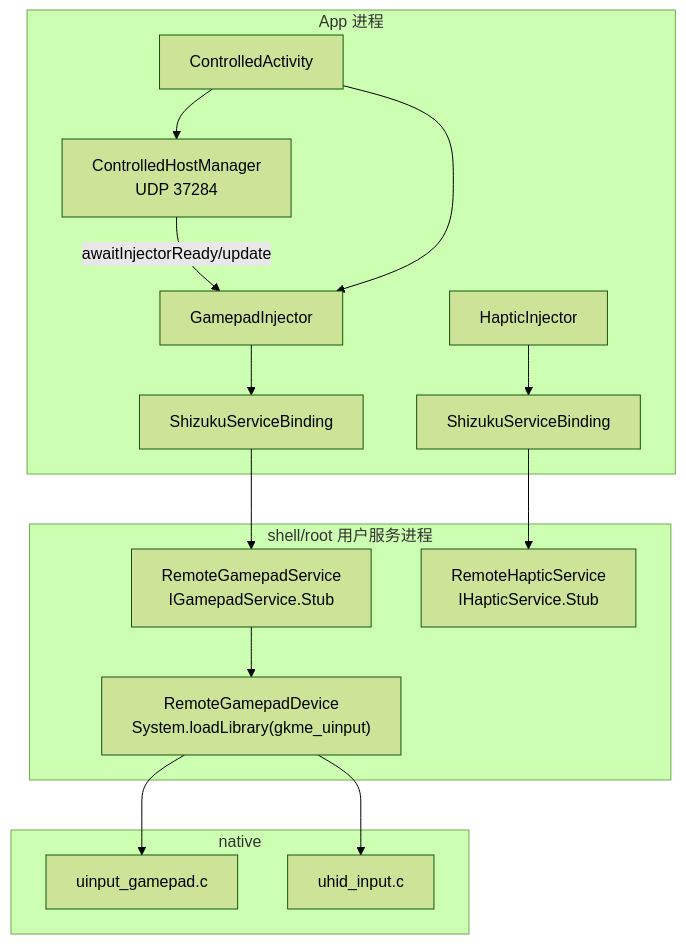
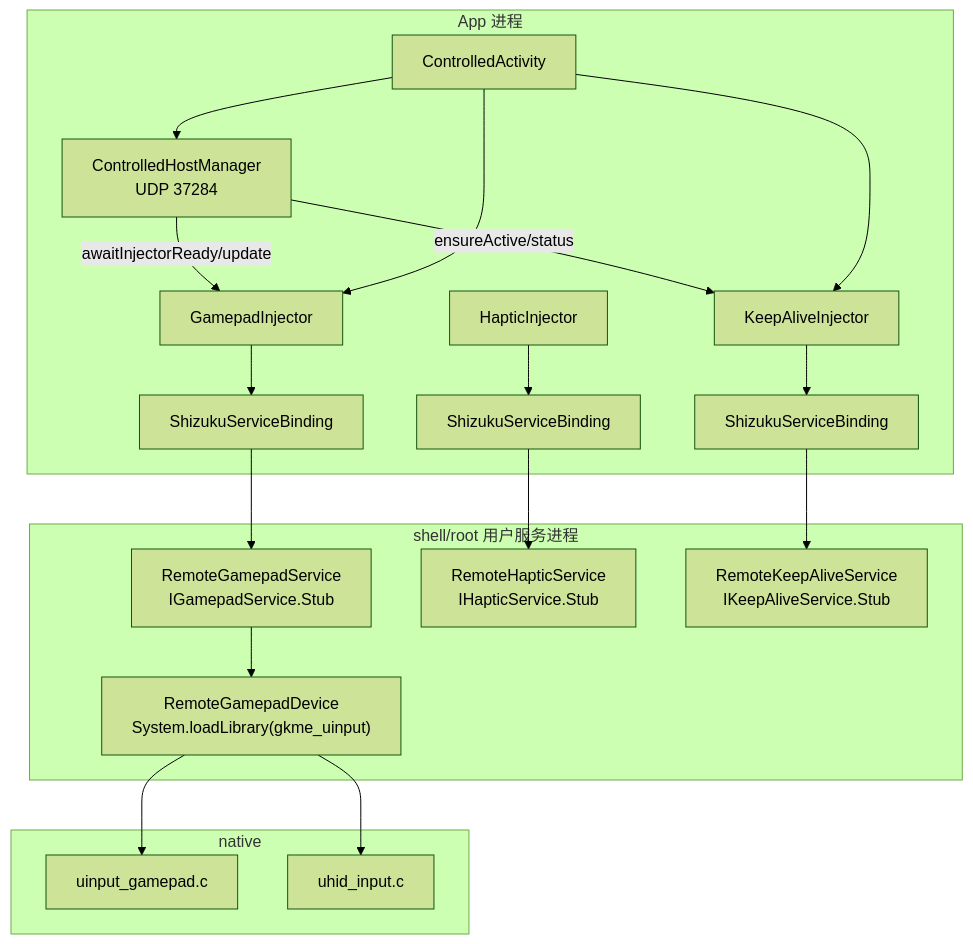
Before and after one commit to 4zyz4/GKME: the diagram in docs/controlled-native.md, drawn with Mermaid (forest theme). The commit also changed other lines of this file and 12 other files, not shown here.

````diff
--- a/docs/controlled-native.md
+++ b/docs/controlled-native.md
@@ -14,31 +14,37 @@
 ```mermaid
 flowchart TB
     subgraph APP["App 进程"]
         CA["ControlledActivity"]
         CHM["ControlledHostManager<br/>UDP 37284"]
         GI["GamepadInjector"]
         HI["HapticInjector"]
+        KI["KeepAliveInjector"]
         SB1["ShizukuServiceBinding"]
         SB2["ShizukuServiceBinding"]
+        SB3["ShizukuServiceBinding"]
     end
 
     subgraph SHELL["shell/root 用户服务进程"]
         RGS["RemoteGamepadService<br/>IGamepadService.Stub"]
         RHS["RemoteHapticService<br/>IHapticService.Stub"]
+        RKA["RemoteKeepAliveService<br/>IKeepAliveService.Stub"]
         RGD["RemoteGamepadDevice<br/>System.loadLibrary(gkme_uinput)"]
     end
 
     subgraph NATIVE["native"]
         UI["uinput_gamepad.c"]
         UH["uhid_input.c"]
     end
 
     CA --> CHM
     CHM -->|awaitInjectorReady/update| GI
+    CHM -->|ensureActive/status| KI
     CA --> GI
+    CA --> KI
     GI --> SB1 --> RGS
     HI --> SB2 --> RHS
+    KI --> SB3 --> RKA
     RGS --> RGD
     RGD --> UI
     RGD --> UH
 ```
````
